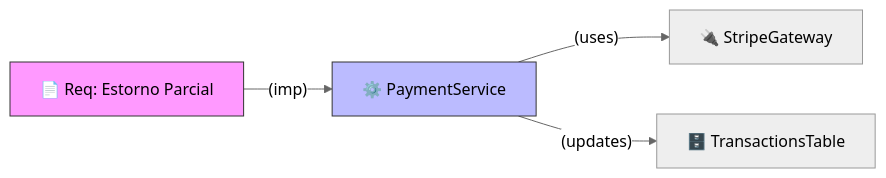
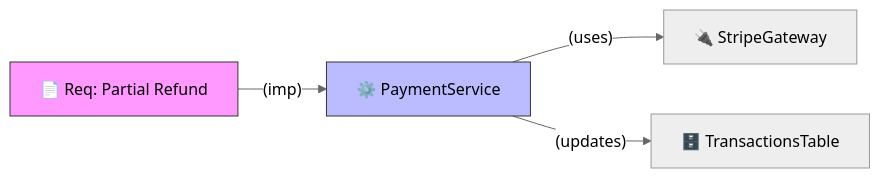
One commit to KlebersonCollab/skills changed the diagram in knowledge-architect/examples/gold-standard/perfect-output.md. Above: the diagram before and after it, drawn with Mermaid (neutral theme). The commit also changed other lines of this file and 242 other files, not shown here.

````diff
--- a/knowledge-architect/examples/gold-standard/perfect-output.md
+++ b/knowledge-architect/examples/gold-standard/perfect-output.md
@@ -5,9 +6,9 @@
 ```mermaid
 graph LR
-    REQ_REFUND["📄 Req: Estorno Parcial"] --(imp)--> SVC_PAY["⚙️ PaymentService"]
+    REQ_REFUND["📄 Req: Partial Refund"] --(imp)--> SVC_PAY["⚙️ PaymentService"]
     SVC_PAY --(uses)--> GATEWAY["🔌 StripeGateway"]
     SVC_PAY --(updates)--> DB_TRANS["🗄️ TransactionsTable"]
     
     style REQ_REFUND fill:#f9f,stroke:#333
     style SVC_PAY fill:#bbf,stroke:#333
 ```
````
